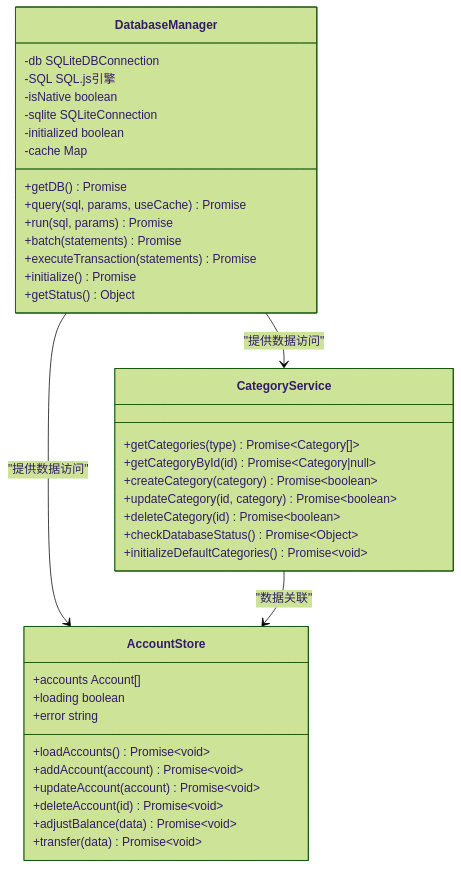
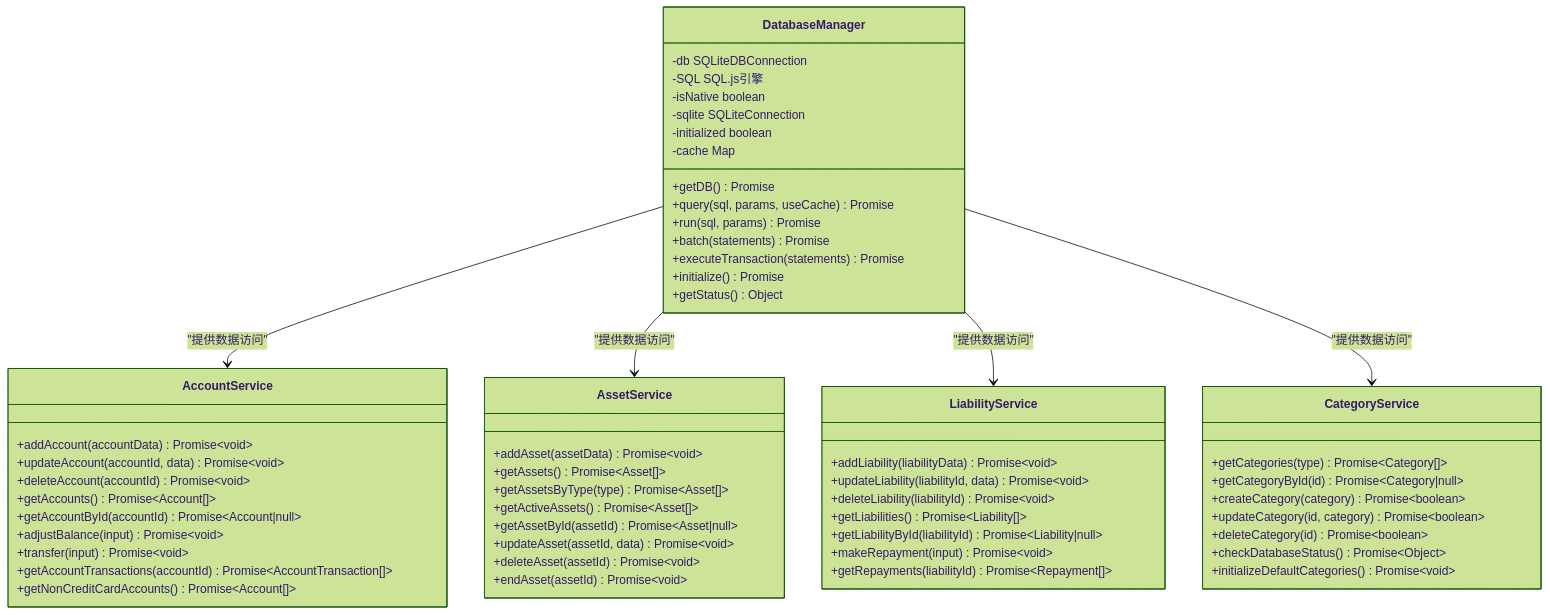
The fifth of 15 diagrams in .qoder/repowiki/zh/content/架构设计/数据层架构设计.md (xiao-lin-unit/yuan), drawn with Mermaid (forest theme) before and after one commit. The commit also changed other lines of this file and 21 other files, not shown here.

````diff
--- a/.qoder/repowiki/zh/content/架构设计/数据层架构设计.md
+++ b/.qoder/repowiki/zh/content/架构设计/数据层架构设计.md
@@ -309,41 +325,61 @@
 ```mermaid
 classDiagram
 class DatabaseManager {
 -db SQLiteDBConnection
 -SQL SQL.js引擎
 -isNative boolean
 -sqlite SQLiteConnection
 -initialized boolean
 -cache Map
 +getDB() Promise
 +query(sql, params, useCache) Promise
 +run(sql, params) Promise
 +batch(statements) Promise
 +executeTransaction(statements) Promise
 +initialize() Promise
 +getStatus() Object
 }
+class AccountService {
++addAccount(accountData) Promise~void~
++updateAccount(accountId, data) Promise~void~
++deleteAccount(accountId) Promise~void~
++getAccounts() Promise~Account[]~
++getAccountById(accountId) Promise~Account|null~
++adjustBalance(input) Promise~void~
++transfer(input) Promise~void~
++getAccountTransactions(accountId) Promise~AccountTransaction[]~
++getNonCreditCardAccounts() Promise~Account[]~
+}
+class AssetService {
++addAsset(assetData) Promise~void~
++getAssets() Promise~Asset[]~
++getAssetsByType(type) Promise~Asset[]~
++getActiveAssets() Promise~Asset[]~
++getAssetById(assetId) Promise~Asset|null~
++updateAsset(assetId, data) Promise~void~
++deleteAsset(assetId) Promise~void~
++endAsset(assetId) Promise~void~
+}
+class LiabilityService {
++addLiability(liabilityData) Promise~void~
++updateLiability(liabilityId, data) Promise~void~
++deleteLiability(liabilityId) Promise~void~
++getLiabilities() Promise~Liability[]~
++getLiabilityById(liabilityId) Promise~Liability|null~
++makeRepayment(input) Promise~void~
++getRepayments(liabilityId) Promise~Repayment[]~
+}
 class CategoryService {
 +getCategories(type) Promise~Category[]~
 +getCategoryById(id) Promise~Category|null~
 +createCategory(category) Promise~boolean~
 +updateCategory(id, category) Promise~boolean~
 +deleteCategory(id) Promise~boolean~
 +checkDatabaseStatus() Promise~Object~
 +initializeDefaultCategories() Promise~void~
 }
-class AccountStore {
-+accounts Account[]
-+loading boolean
-+error string
-+loadAccounts() Promise~void~
-+addAccount(account) Promise~void~
-+updateAccount(account) Promise~void~
-+deleteAccount(id) Promise~void~
-+adjustBalance(data) Promise~void~
-+transfer(data) Promise~void~
-}
+DatabaseManager --> AccountService : "提供数据访问"
+DatabaseManager --> AssetService : "提供数据访问"
+DatabaseManager --> LiabilityService : "提供数据访问"
 DatabaseManager --> CategoryService : "提供数据访问"
-DatabaseManager --> AccountStore : "提供数据访问"
-CategoryService --> AccountStore : "数据关联"
 ```
````
